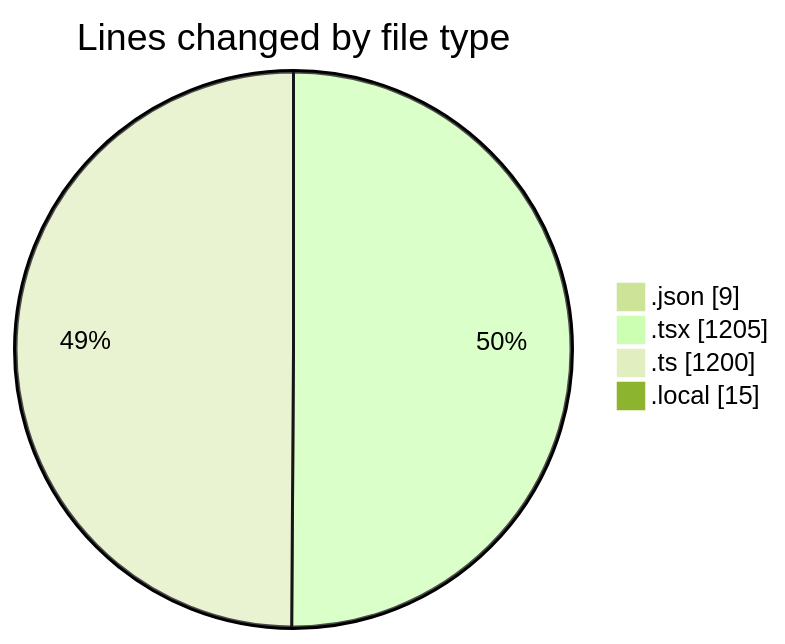
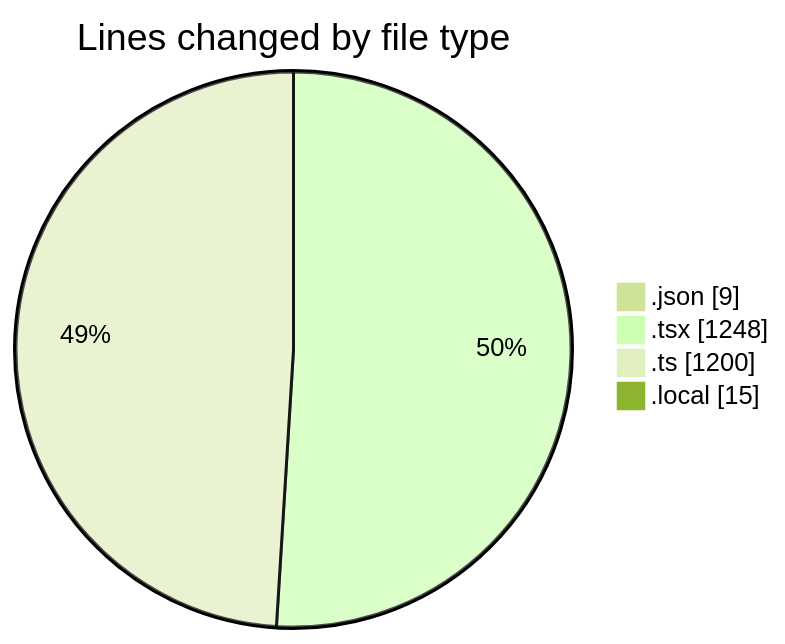
The first of 2 diagrams in 2025-10-27/eventscop-frontend-guide__workspace_/README.md (julien-gomy/code-tracking), drawn with Mermaid (forest theme) before and after one commit. The commit also changed other lines of this file and 1 other file, not shown here.

````diff
--- a/2025-10-27/eventscop-frontend-guide__workspace_/README.md
+++ b/2025-10-27/eventscop-frontend-guide__workspace_/README.md
@@ -29,8 +30,8 @@
 ```mermaid
 pie showData
 title Lines changed by file type
 ".json" : 9
-".tsx" : 1205
+".tsx" : 1248
 ".ts" : 1200
 ".local" : 15
 ```
````
